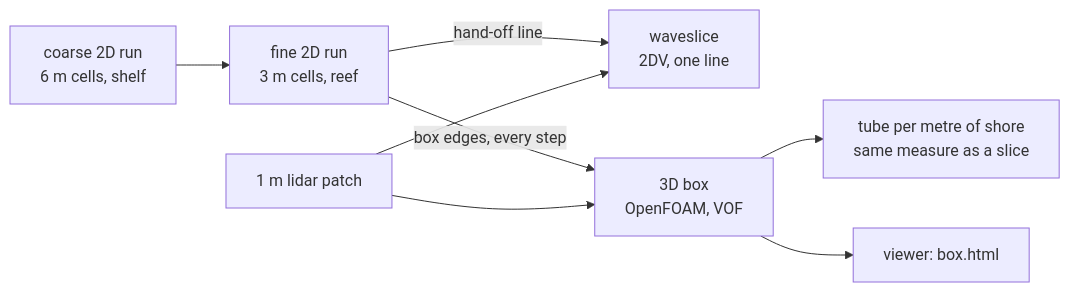
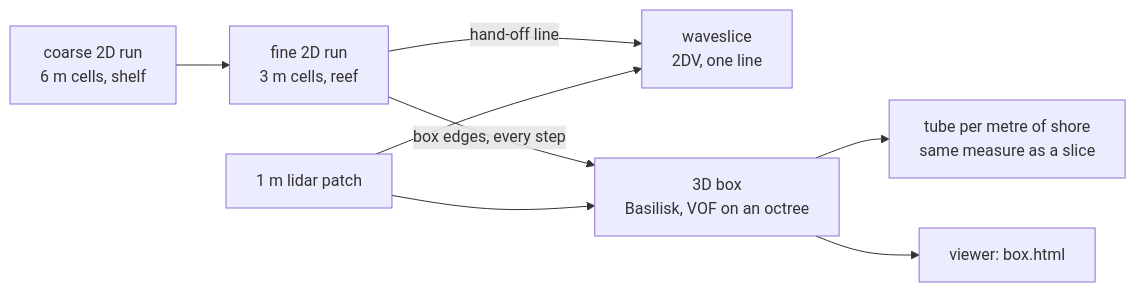
One commit to mlaegn/wavesim changed the diagram in docs/3d-box.md. Above: the diagram before and after it, drawn with Mermaid. The commit also changed other lines of this file and 3 other files, not shown here.

Commit message:
V0 in Basilisk: a 3D strip of V1 breaks as 2D; box plan and costs redone

````diff
--- a/docs/3d-box.md
+++ b/docs/3d-box.md
@@ -28,10 +28,10 @@
 ```mermaid
 graph LR
     C[coarse 2D run<br/>6 m cells, shelf] --> F[fine 2D run<br/>3 m cells, reef]
     F -->|hand-off line| S[waveslice<br/>2DV, one line]
-    F -->|box edges, every step| B[3D box<br/>OpenFOAM, VOF]
+    F -->|box edges, every step| B[3D box<br/>Basilisk, VOF on an octree]
     L[1 m lidar patch] --> B
     L --> S
     B --> M[tube per metre of shore<br/>same measure as a slice]
     B --> V[viewer: box.html]
 ```
````
